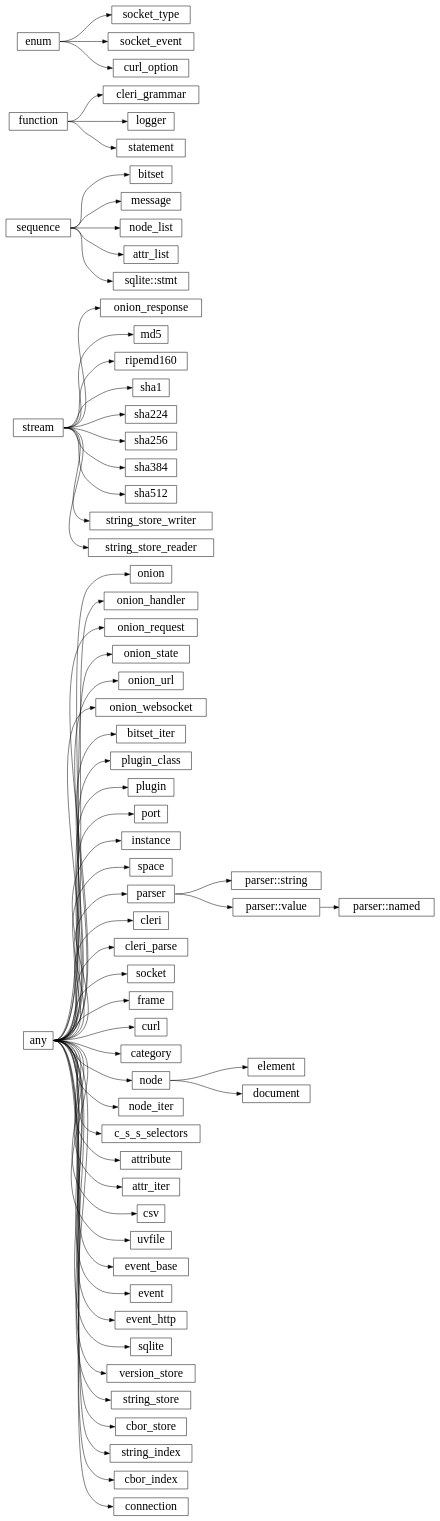
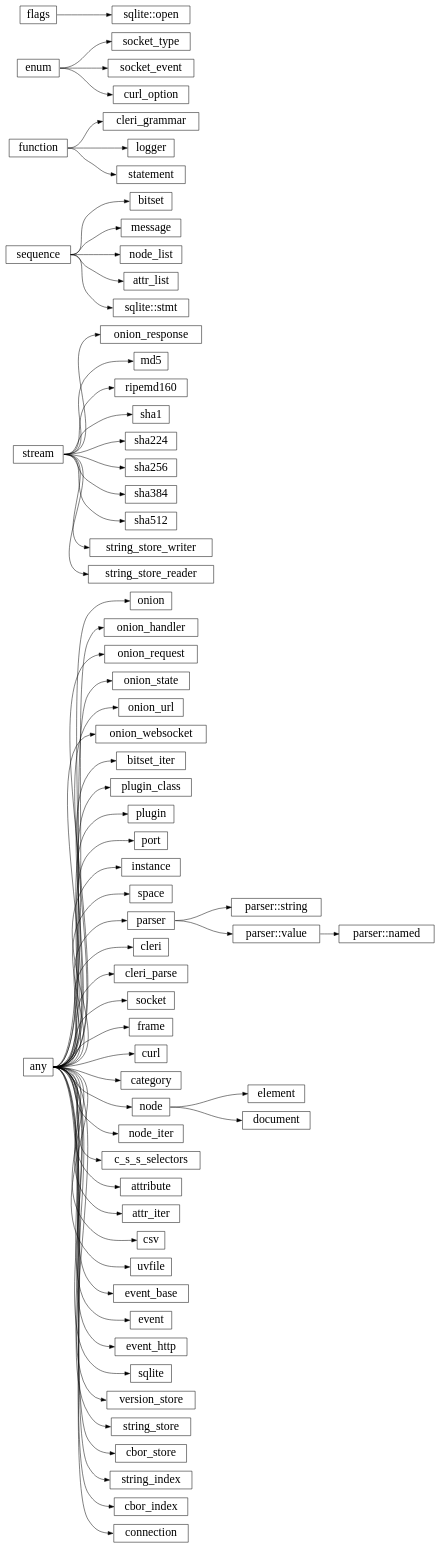
Before and after one commit to wrapl/minilang-libs: the diagram in docs/library/hierarchy.rst, drawn with Graphviz. The commit also changed 11 other files, not shown here.

```diff
--- a/docs/library/hierarchy.rst
+++ b/docs/library/hierarchy.rst
@@ -5,73 +5,74 @@
 .. graphviz::
 
    digraph hierarchy {
       rankdir="LR";
       fontsize="40pt"
       concentrate=true;
       overlap=false;
       packMode="node";
       outputorder="edgesfirst";
       node [shape=box,fontsize=24];
       "any":e -> "onion":w;
       "any":e -> "onion_handler":w;
       "any":e -> "onion_request":w;
       "stream":e -> "onion_response":w;
       "any":e -> "onion_state":w;
       "any":e -> "onion_url":w;
       "any":e -> "onion_websocket":w;
       "sequence":e -> "bitset":w;
       "any":e -> "bitset_iter":w;
       "any":e -> "plugin_class":w;
       "any":e -> "plugin":w;
       "any":e -> "port":w;
       "any":e -> "instance":w;
       "any":e -> "space":w;
       "any":e -> "parser":w;
       "parser":e -> "parser::string":w;
       "parser":e -> "parser::value":w;
       "parser::value":e -> "parser::named":w;
       "any":e -> "cleri":w;
       "any":e -> "cleri_parse":w;
       "function":e -> "cleri_grammar":w;
       "any":e -> "socket":w;
       "enum":e -> "socket_type":w;
       "enum":e -> "socket_event":w;
       "any":e -> "frame":w;
       "sequence":e -> "message":w;
       "any":e -> "curl":w;
       "enum":e -> "curl_option":w;
       "function":e -> "logger":w;
       "any":e -> "category":w;
       "any":e -> "node":w;
       "sequence":e -> "node_list":w;
       "any":e -> "node_iter":w;
       "any":e -> "c_s_s_selectors":w;
       "node":e -> "element":w;
       "any":e -> "attribute":w;
       "sequence":e -> "attr_list":w;
       "any":e -> "attr_iter":w;
       "node":e -> "document":w;
       "any":e -> "csv":w;
       "any":e -> "uvfile":w;
       "any":e -> "event_base":w;
       "any":e -> "event":w;
       "any":e -> "event_http":w;
       "stream":e -> "md5":w;
       "stream":e -> "ripemd160":w;
       "stream":e -> "sha1":w;
       "stream":e -> "sha224":w;
       "stream":e -> "sha256":w;
       "stream":e -> "sha384":w;
       "stream":e -> "sha512":w;
+      "flags":e -> "sqlite::open":w;
       "any":e -> "sqlite":w;
       "sequence":e -> "sqlite::stmt":w;
       "any":e -> "version_store":w;
       "any":e -> "string_store":w;
       "stream":e -> "string_store_writer":w;
       "stream":e -> "string_store_reader":w;
       "any":e -> "cbor_store":w;
       "any":e -> "string_index":w;
       "any":e -> "cbor_index":w;
       "any":e -> "connection":w;
       "function":e -> "statement":w;
    }
```
